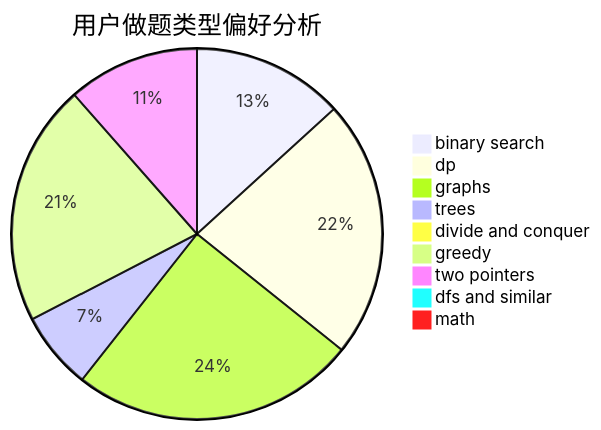
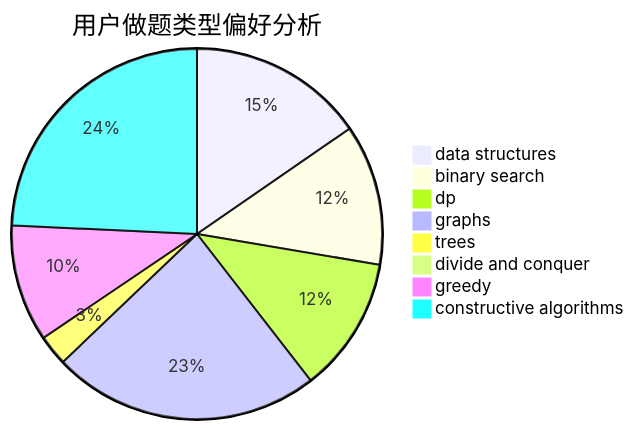
The second of 3 diagrams in docs/user/u1160.md (sherpahu/cfrs.github.io), drawn with Mermaid before and after one commit. The commit also changed other lines of this file and 2775 other files, not shown here.

````diff
--- a/docs/user/u1160.md
+++ b/docs/user/u1160.md
@@ -23,12 +23,11 @@
 ```mermaid
 pie title 用户做题类型偏好分析
-    "binary search" :  84
-    "dp" :  143
+    "data structures" :  104
+    "binary search" :  83
+    "dp" :  80
     "graphs" :  158
-    "trees" :  43
-    "divide and conquer" :  1
-    "greedy" :  134
-    "two pointers" :  73
-    "dfs and similar" :  5
-    "math" :  5
+    "trees" :  18
+    "divide and conquer" :  0
+    "greedy" :  69
+    "constructive algorithms" :  164
 ```
````
